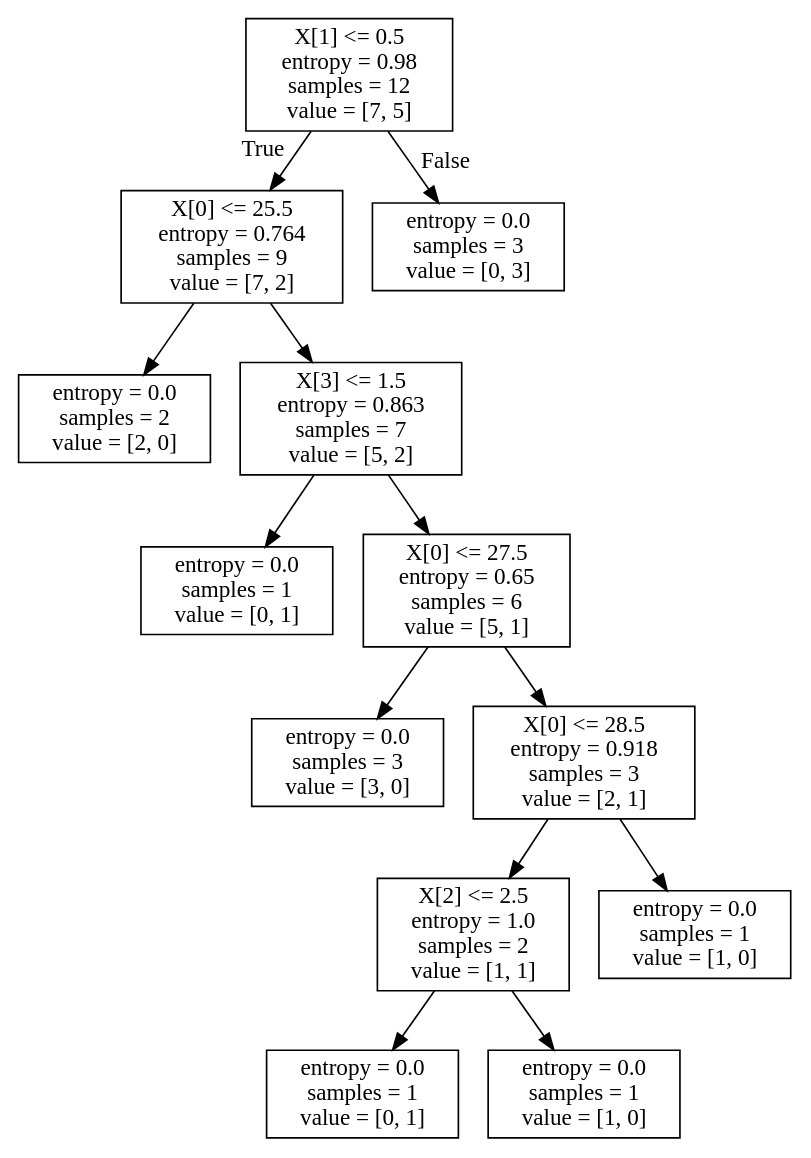
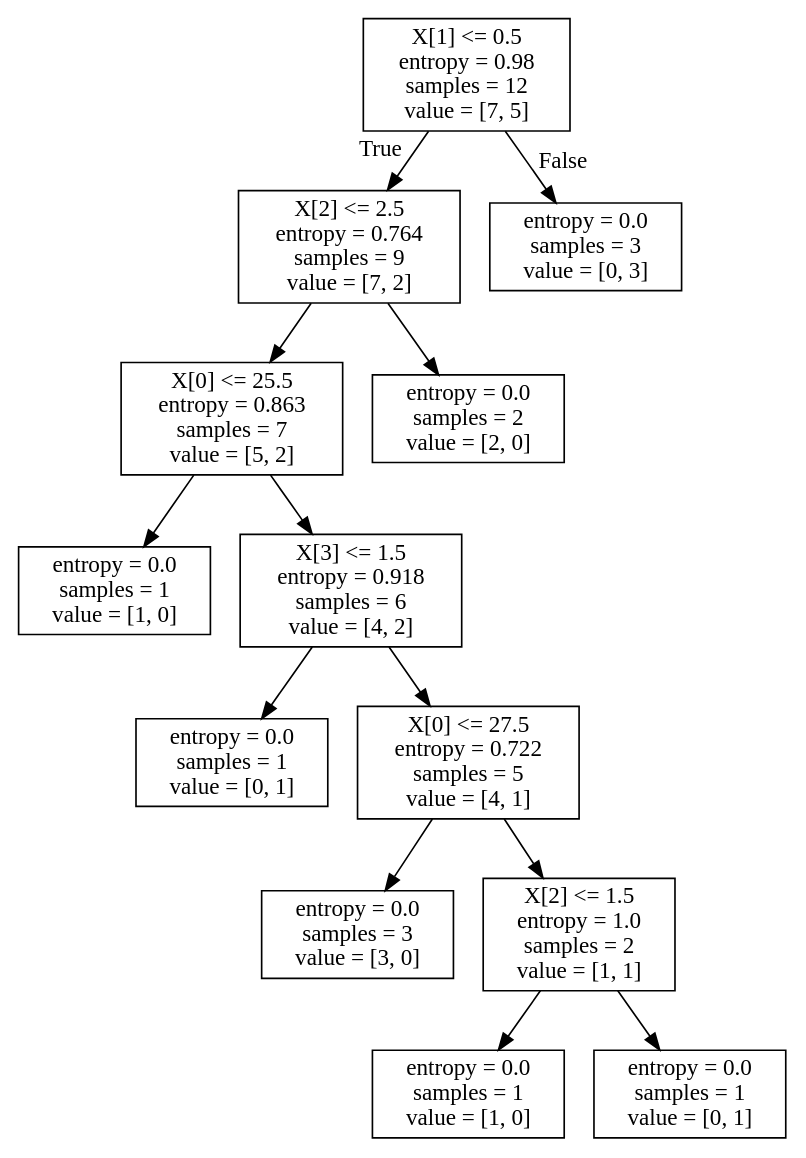
Before and after one commit to DannyFirmin/ML-KMeans-KNN-DecisionTrees: the diagram in decision_tree.dot, drawn with Graphviz. The commit also changed 1 other file, not shown here.

```diff
--- a/decision_tree.dot
+++ b/decision_tree.dot
@@ -1,28 +1,28 @@
 digraph Tree {
 node [shape=box] ;
 0 [label="X[1] <= 0.5\nentropy = 0.98\nsamples = 12\nvalue = [7, 5]"] ;
-1 [label="X[0] <= 25.5\nentropy = 0.764\nsamples = 9\nvalue = [7, 2]"] ;
+1 [label="X[2] <= 2.5\nentropy = 0.764\nsamples = 9\nvalue = [7, 2]"] ;
 0 -> 1 [labeldistance=2.5, labelangle=45, headlabel="True"] ;
-2 [label="entropy = 0.0\nsamples = 2\nvalue = [2, 0]"] ;
+2 [label="X[0] <= 25.5\nentropy = 0.863\nsamples = 7\nvalue = [5, 2]"] ;
 1 -> 2 ;
-3 [label="X[3] <= 1.5\nentropy = 0.863\nsamples = 7\nvalue = [5, 2]"] ;
-1 -> 3 ;
-4 [label="entropy = 0.0\nsamples = 1\nvalue = [0, 1]"] ;
-3 -> 4 ;
-5 [label="X[0] <= 27.5\nentropy = 0.65\nsamples = 6\nvalue = [5, 1]"] ;
-3 -> 5 ;
-6 [label="entropy = 0.0\nsamples = 3\nvalue = [3, 0]"] ;
-5 -> 6 ;
-7 [label="X[0] <= 28.5\nentropy = 0.918\nsamples = 3\nvalue = [2, 1]"] ;
-5 -> 7 ;
-8 [label="X[2] <= 2.5\nentropy = 1.0\nsamples = 2\nvalue = [1, 1]"] ;
-7 -> 8 ;
-9 [label="entropy = 0.0\nsamples = 1\nvalue = [0, 1]"] ;
+3 [label="entropy = 0.0\nsamples = 1\nvalue = [1, 0]"] ;
+2 -> 3 ;
+4 [label="X[3] <= 1.5\nentropy = 0.918\nsamples = 6\nvalue = [4, 2]"] ;
+2 -> 4 ;
+5 [label="entropy = 0.0\nsamples = 1\nvalue = [0, 1]"] ;
+4 -> 5 ;
+6 [label="X[0] <= 27.5\nentropy = 0.722\nsamples = 5\nvalue = [4, 1]"] ;
+4 -> 6 ;
+7 [label="entropy = 0.0\nsamples = 3\nvalue = [3, 0]"] ;
+6 -> 7 ;
+8 [label="X[2] <= 1.5\nentropy = 1.0\nsamples = 2\nvalue = [1, 1]"] ;
+6 -> 8 ;
+9 [label="entropy = 0.0\nsamples = 1\nvalue = [1, 0]"] ;
 8 -> 9 ;
-10 [label="entropy = 0.0\nsamples = 1\nvalue = [1, 0]"] ;
+10 [label="entropy = 0.0\nsamples = 1\nvalue = [0, 1]"] ;
 8 -> 10 ;
-11 [label="entropy = 0.0\nsamples = 1\nvalue = [1, 0]"] ;
-7 -> 11 ;
+11 [label="entropy = 0.0\nsamples = 2\nvalue = [2, 0]"] ;
+1 -> 11 ;
 12 [label="entropy = 0.0\nsamples = 3\nvalue = [0, 3]"] ;
 0 -> 12 [labeldistance=2.5, labelangle=-45, headlabel="False"] ;
 }
```
